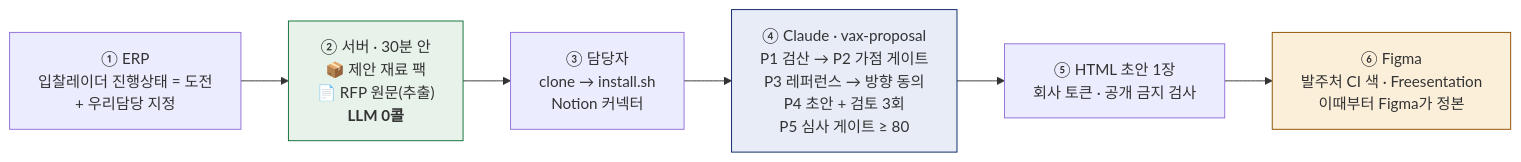
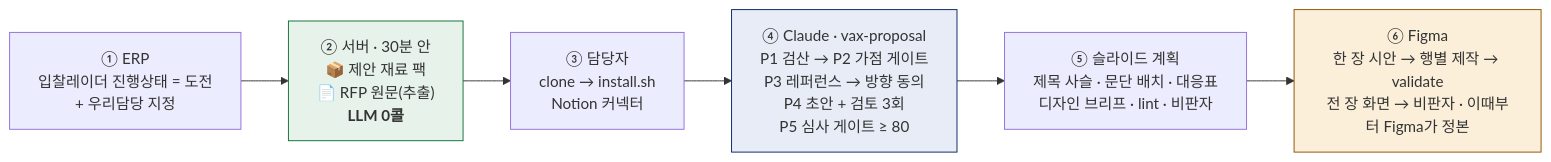
Before and after one commit to vaxport123/vax-proposal-kit: the diagram in README.md, drawn with Mermaid. The commit also changed other lines of this file and 12 other files, not shown here.

````diff
--- a/README.md
+++ b/README.md
@@ -56,11 +56,11 @@
 ```mermaid
 flowchart LR
     A["① ERP<br/>입찰레이더 진행상태 = 도전<br/>+ 우리담당 지정"] --> B["② 서버 · 30분 안<br/>📦 제안 재료 팩<br/>📄 RFP 원문(추출)<br/><b>LLM 0콜</b>"]
     B --> C["③ 담당자<br/>clone → install.sh<br/>Notion 커넥터"]
     C --> D["④ Claude · vax-proposal<br/>P1 검산 → P2 가점 게이트<br/>P3 레퍼런스 → 방향 동의<br/>P4 초안 + 검토 3회<br/>P5 심사 게이트 ≥ 80"]
-    D --> E["⑤ HTML 초안 1장<br/>회사 토큰 · 공개 금지 검사"]
-    E --> F["⑥ Figma<br/>발주처 CI 색 · Freesentation<br/>이때부터 Figma가 정본"]
+    D --> E["⑤ 슬라이드 계획<br/>제목 사슬 · 문단 배치 · 대응표<br/>디자인 브리프 · lint · 비판자"]
+    E --> F["⑥ Figma<br/>한 장 시안 → 행별 제작 → validate<br/>전 장 화면 → 비판자 · 이때부터 Figma가 정본"]
     style B fill:#e7f3ea,stroke:#0f7038
     style D fill:#e7ecf7,stroke:#082567
     style F fill:#fbefda,stroke:#8f5000
 ```
````
